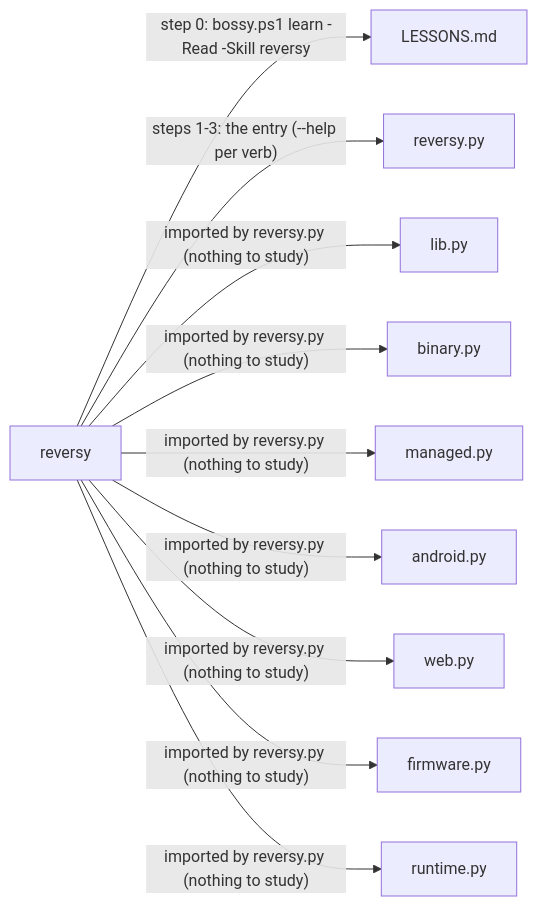
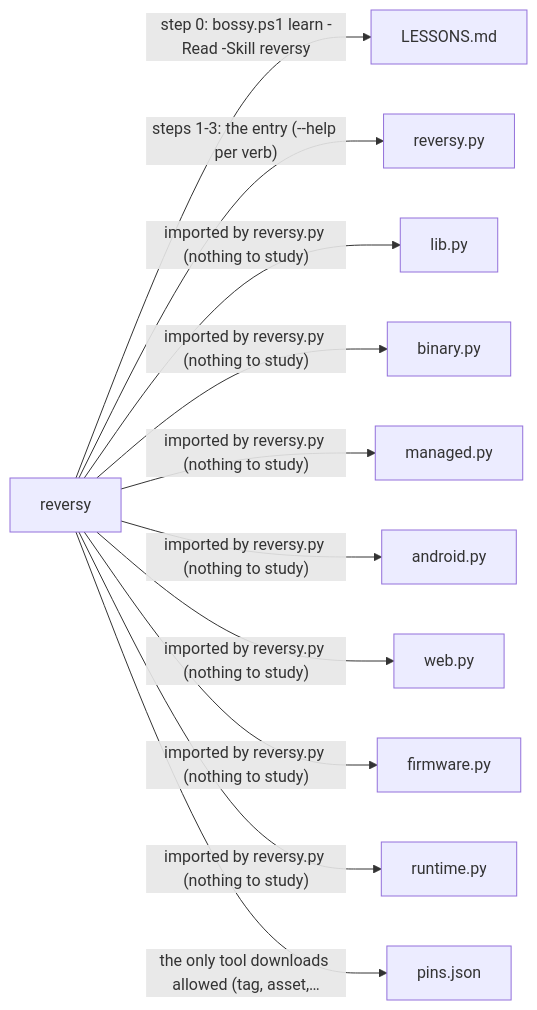
Before and after one commit to prskid1000/claude-crew: the ninth of 9 diagrams in README.md, drawn with Mermaid. The commit also changed other lines of this file and 5 other files, not shown here.

First line of the commit message:
feat(reversy): pinned tool downloads (tag, asset, sha256)

````diff
--- a/README.md
+++ b/README.md
@@ -619,13 +619,14 @@
 ```mermaid
 flowchart LR
   skills_reversy_SKILL_md["reversy"]
   skills_reversy_SKILL_md -->|"step 0: bossy.ps1 learn -Read -Skill reversy"| LESSONS_md["LESSONS.md"]
   skills_reversy_SKILL_md -->|"steps 1-3: the entry (--help per verb)"| skills_reversy_reversy_py["reversy.py"]
   skills_reversy_SKILL_md -->|"imported by reversy.py (nothing to study)"| skills_reversy_lib_py["lib.py"]
   skills_reversy_SKILL_md -->|"imported by reversy.py (nothing to study)"| skills_reversy_binary_py["binary.py"]
   skills_reversy_SKILL_md -->|"imported by reversy.py (nothing to study)"| skills_reversy_managed_py["managed.py"]
   skills_reversy_SKILL_md -->|"imported by reversy.py (nothing to study)"| skills_reversy_android_py["android.py"]
   skills_reversy_SKILL_md -->|"imported by reversy.py (nothing to study)"| skills_reversy_web_py["web.py"]
   skills_reversy_SKILL_md -->|"imported by reversy.py (nothing to study)"| skills_reversy_firmware_py["firmware.py"]
   skills_reversy_SKILL_md -->|"imported by reversy.py (nothing to study)"| skills_reversy_runtime_py["runtime.py"]
+  skills_reversy_SKILL_md -->|"the only tool downloads allowed (tag, asset,…"| skills_reversy_pins_json["pins.json"]
 ```
````
